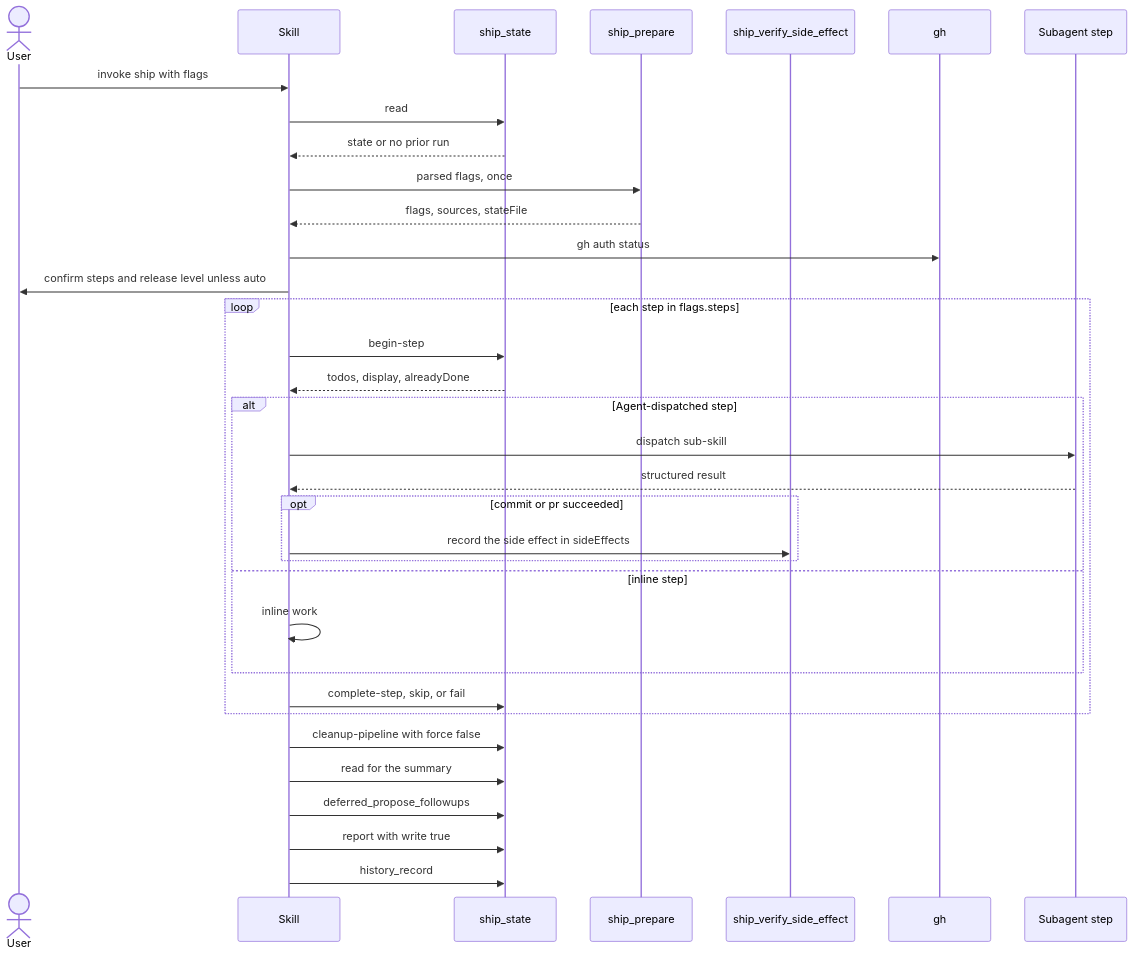
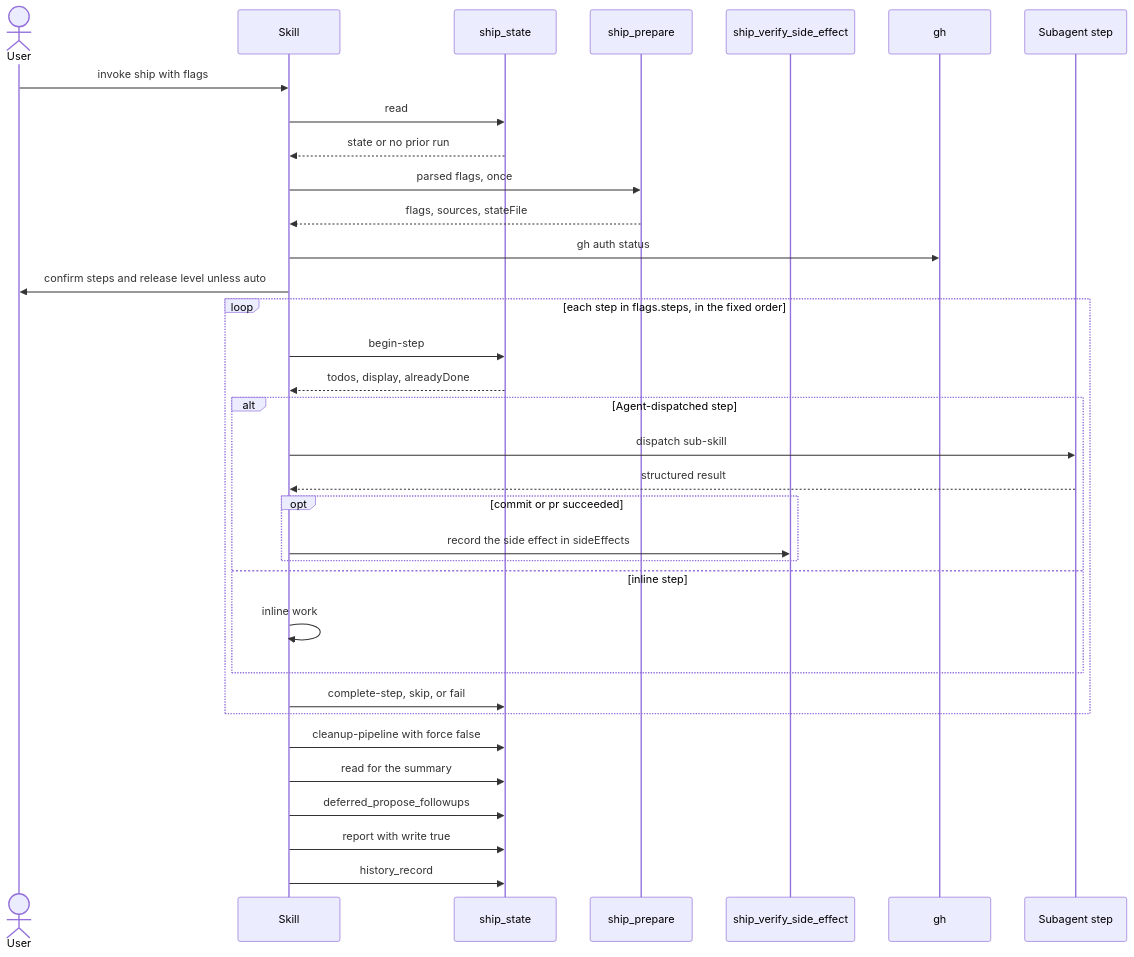
The diagram in openspec/specs/skill-ship/spec.md (rnagrodzki/sdlc-plugin), drawn with Mermaid before and after one commit. The commit also changed other lines of this file and 70 other files, not shown here.

````diff
--- a/openspec/specs/skill-ship/spec.md
+++ b/openspec/specs/skill-ship/spec.md
@@ -167,36 +169,36 @@
 ```mermaid
 sequenceDiagram
     actor User
     participant Skill
     participant ship_state
     participant ship_prepare
     participant verify as ship_verify_side_effect
     participant gh
     participant Sub as Subagent step
     User->>Skill: invoke ship with flags
     Skill->>ship_state: read
     ship_state-->>Skill: state or no prior run
     Skill->>ship_prepare: parsed flags, once
     ship_prepare-->>Skill: flags, sources, stateFile
     Skill->>gh: gh auth status
     Skill->>User: confirm steps and release level unless auto
-    loop each step in flags.steps
+    loop each step in flags.steps, in the fixed order
         Skill->>ship_state: begin-step
         ship_state-->>Skill: todos, display, alreadyDone
         alt Agent-dispatched step
             Skill->>Sub: dispatch sub-skill
             Sub-->>Skill: structured result
             opt commit or pr succeeded
                 Skill->>verify: record the side effect in sideEffects
             end
         else inline step
             Skill->>Skill: inline work
         end
         Skill->>ship_state: complete-step, skip, or fail
     end
     Skill->>ship_state: cleanup-pipeline with force false
     Skill->>ship_state: read for the summary
     Skill->>ship_state: deferred_propose_followups
     Skill->>ship_state: report with write true
     Skill->>ship_state: history_record
 ```
````
